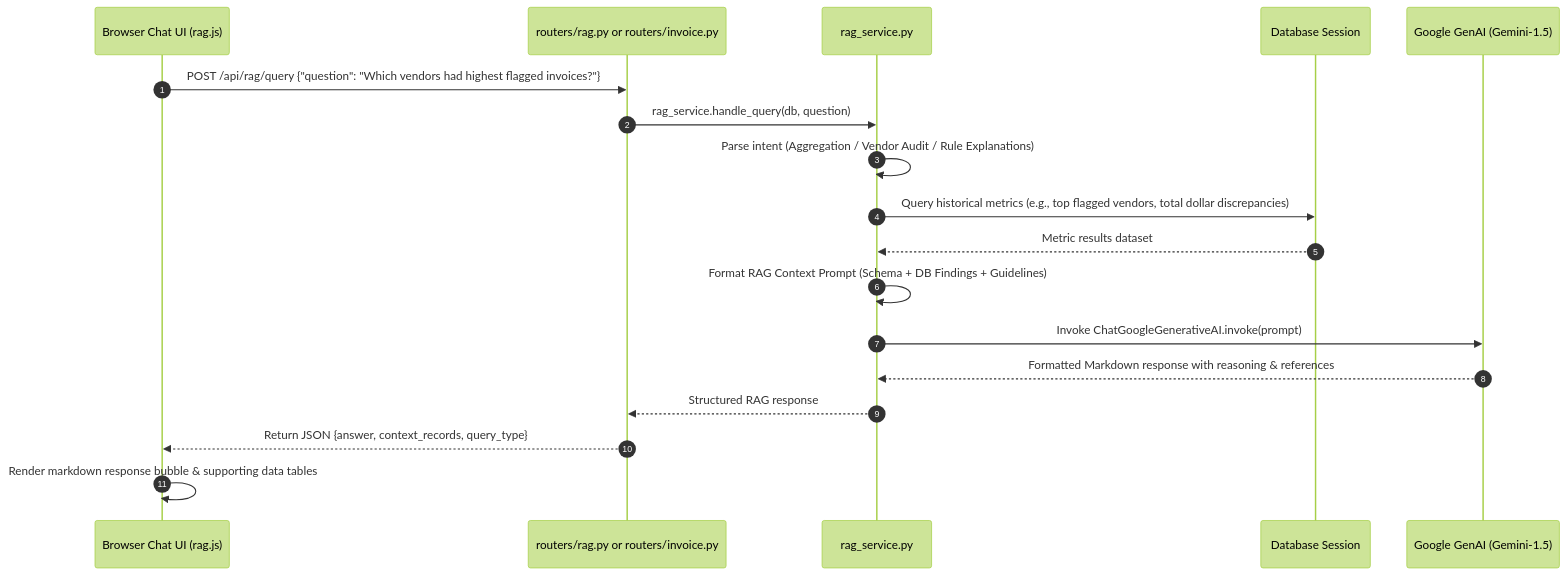
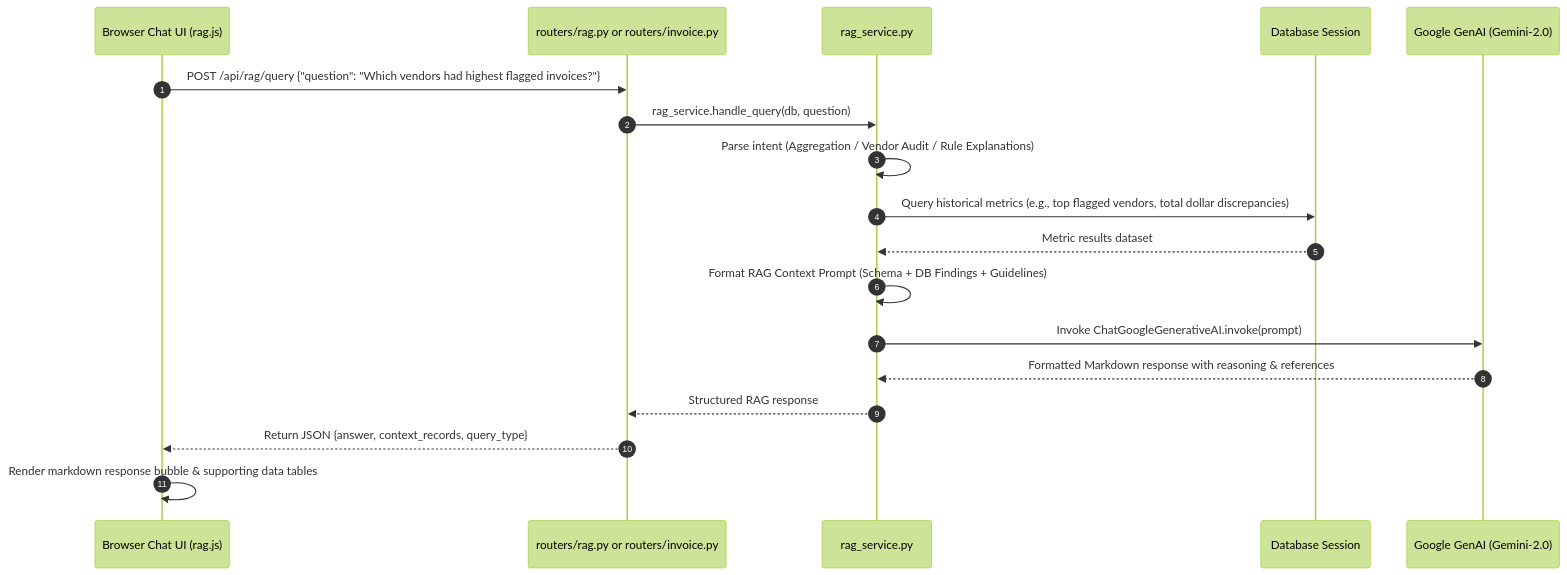
One commit to smithaherkar/vendor-update changed the sixth of 7 diagrams in flow.md. Above: the diagram before and after it, drawn with Mermaid (forest theme). The commit also changed 21 other files, not shown here.

````diff
--- a/flow.md
+++ b/flow.md
@@ -239,21 +239,21 @@
 ```mermaid
 sequenceDiagram
     autonumber
     participant UI as Browser Chat UI (rag.js)
     participant Router as routers/rag.py or routers/invoice.py
     participant Service as rag_service.py
     participant DB as Database Session
-    participant Gemini as Google GenAI (Gemini-1.5)
+    participant Gemini as Google GenAI (Gemini-2.0)
 
     UI->>Router: POST /api/rag/query {"question": "Which vendors had highest flagged invoices?"}
     Router->>Service: rag_service.handle_query(db, question)
     Service->>Service: Parse intent (Aggregation / Vendor Audit / Rule Explanations)
     Service->>DB: Query historical metrics (e.g., top flagged vendors, total dollar discrepancies)
     DB-->>Service: Metric results dataset
     Service->>Service: Format RAG Context Prompt (Schema + DB Findings + Guidelines)
     Service->>Gemini: Invoke ChatGoogleGenerativeAI.invoke(prompt)
     Gemini-->>Service: Formatted Markdown response with reasoning & references
     Service-->>Router: Structured RAG response
     Router-->>UI: Return JSON {answer, context_records, query_type}
     UI->>UI: Render markdown response bubble & supporting data tables
 ```
````
